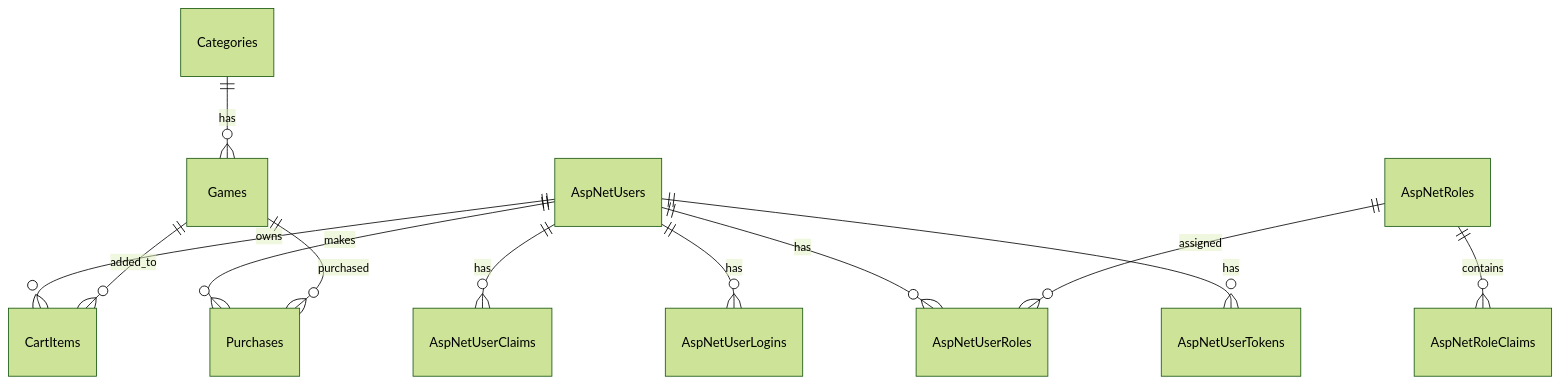
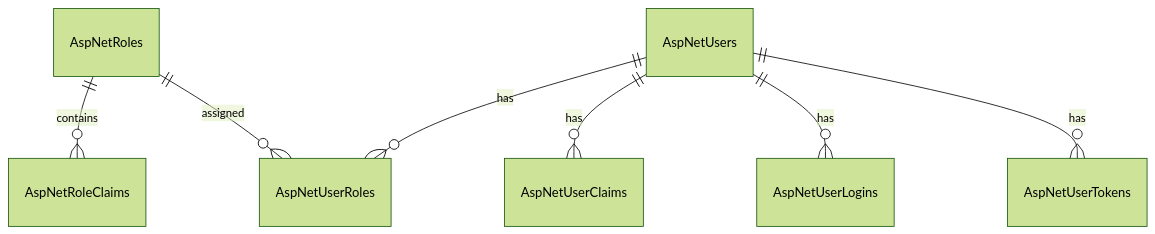
The second of 4 diagrams in GamePortal/README.md (Pascal100500/ASP.NET-Core), drawn with Mermaid (forest theme) before and after one commit. The commit also changed other lines of this file and 36 other files, not shown here.

Commit message:
GamePortal v1.4.3: UI improvements, video player, mini-game, database initialization fix, Mermaid diagrams

````diff
--- a/GamePortal/README.md
+++ b/GamePortal/README.md
@@ -25,17 +38,10 @@
 ```mermaid
-
 erDiagram
-
-    Categories ||--o{ Games : has
-    Games ||--o{ CartItems : added_to
-    Games ||--o{ Purchases : purchased
-    AspNetUsers ||--o{ CartItems : owns
-    AspNetUsers ||--o{ Purchases : makes
 
     AspNetRoles ||--o{ AspNetRoleClaims : contains
     AspNetRoles ||--o{ AspNetUserRoles : assigned
     AspNetUsers ||--o{ AspNetUserRoles : has
     AspNetUsers ||--o{ AspNetUserClaims : has
     AspNetUsers ||--o{ AspNetUserLogins : has
     AspNetUsers ||--o{ AspNetUserTokens : has
 ```
````
